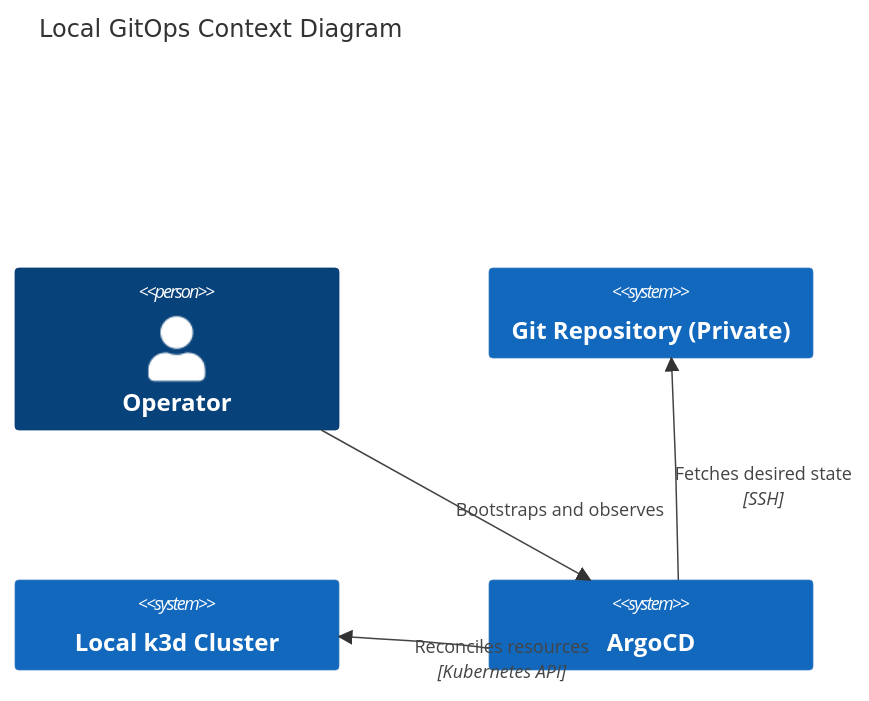
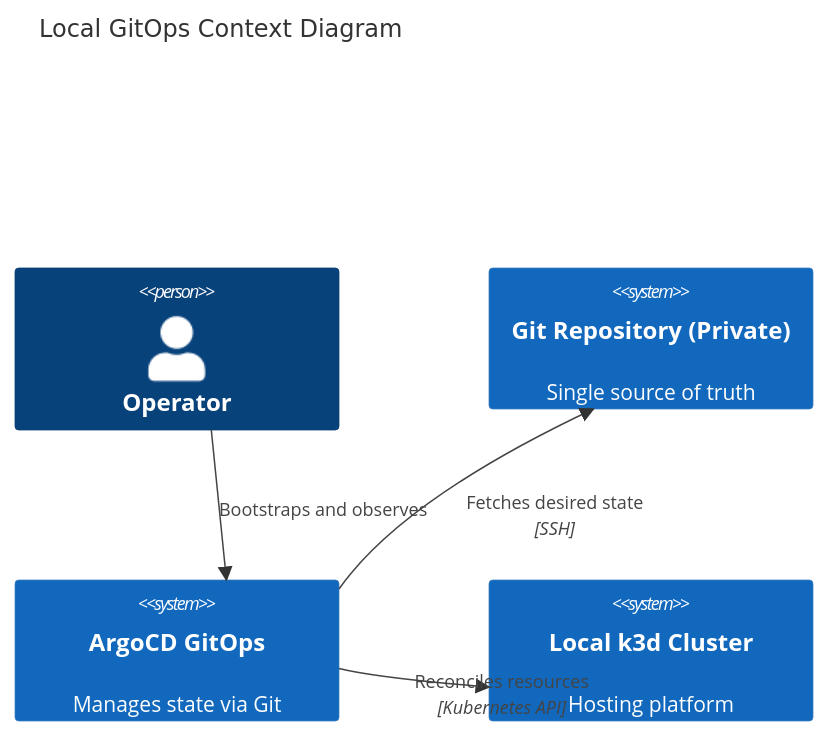
Before and after one commit to buenhyden/hy-home.k8s: the first of 2 diagrams in docs/ard/2026-03-07-argocd-gitops-ard.md, drawn with Mermaid. The commit also changed other lines of this file and 50 other files, not shown here.

````diff
--- a/docs/ard/2026-03-07-argocd-gitops-ard.md
+++ b/docs/ard/2026-03-07-argocd-gitops-ard.md
@@ -31,12 +36,12 @@
 ```mermaid
 C4Context
     title Local GitOps Context Diagram
     Person(operator, "Operator")
-    System(git, "Git Repository (Private)")
-    System(cluster, "Local k3d Cluster")
-    System(argocd, "ArgoCD")
+    System(git, "Git Repository (Private)", "Single source of truth")
+    System(this_system, "ArgoCD GitOps", "Manages state via Git")
+    System(cluster, "Local k3d Cluster", "Hosting platform")
 
-    Rel(operator, argocd, "Bootstraps and observes")
-    Rel(argocd, git, "Fetches desired state", "SSH")
-    Rel(argocd, cluster, "Reconciles resources", "Kubernetes API")
+    Rel(operator, this_system, "Bootstraps and observes")
+    Rel(this_system, git, "Fetches desired state", "SSH")
+    Rel(this_system, cluster, "Reconciles resources", "Kubernetes API")
 ```
````
